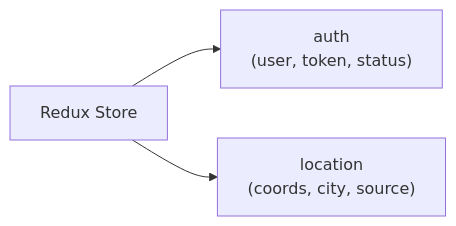
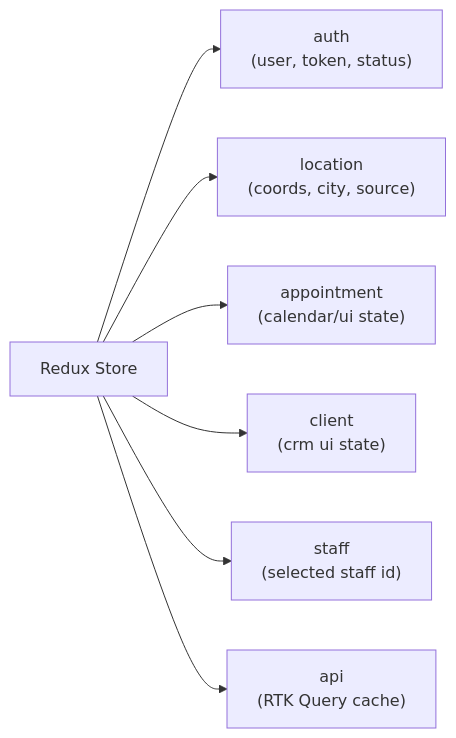
One commit to vvnezapnopwnz1/beauty-marketplace changed the fifth of 5 diagrams in docs/vault/architecture/frontend.md. Above: the diagram before and after it, drawn with Mermaid. The commit also changed other lines of this file and 29 other files, not shown here.

First line of the commit message:
feat(dashboard-staff): consolidate staff flows and update vault docs

````diff
--- a/docs/vault/architecture/frontend.md
+++ b/docs/vault/architecture/frontend.md
@@ -138,5 +140,9 @@
 ```mermaid
 graph LR
     Store["Redux Store"] --> AuthSlice["auth\n(user, token, status)"]
     Store --> LocationSlice["location\n(coords, city, source)"]
+    Store --> AppointmentSlice["appointment\n(calendar/ui state)"]
+    Store --> ClientSlice["client\n(crm ui state)"]
+    Store --> StaffSlice["staff\n(selected staff id)"]
+    Store --> RtkApi["api\n(RTK Query cache)"]
 ```
````
